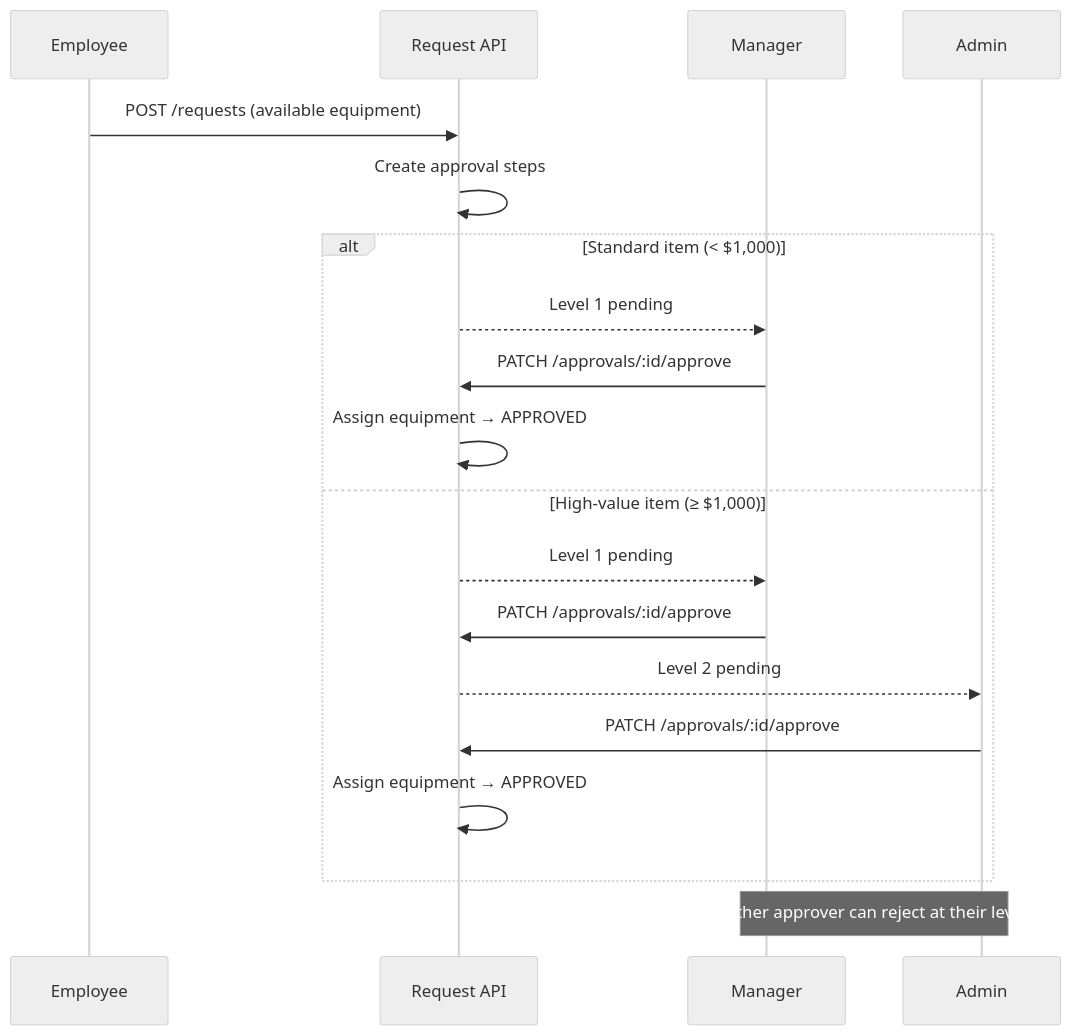
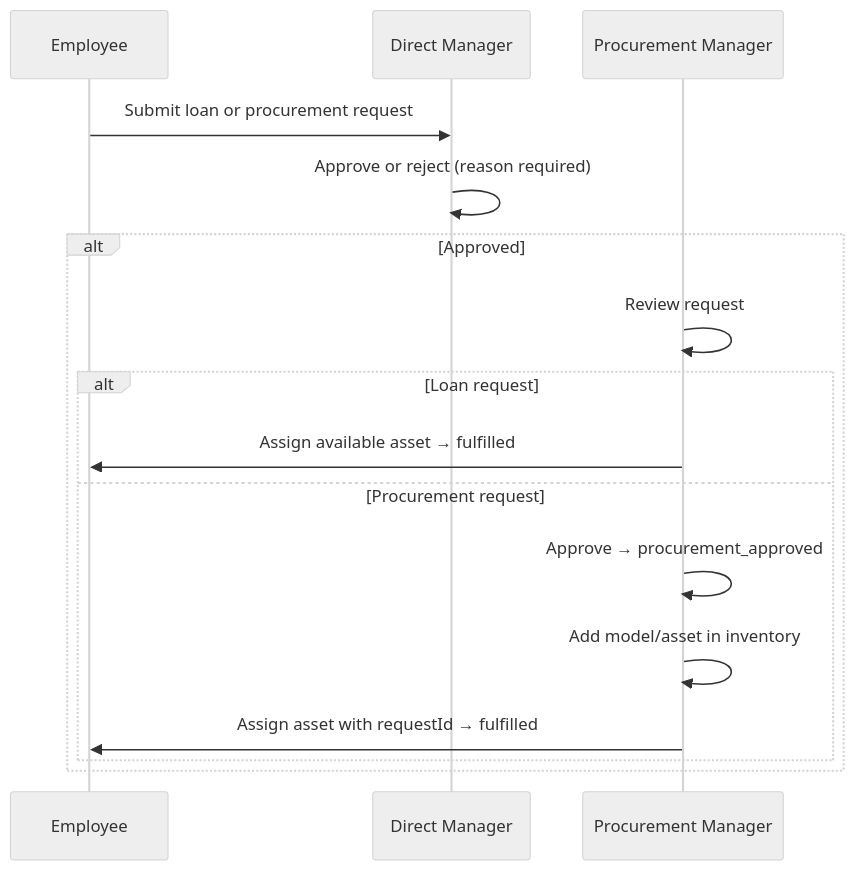
The diagram in README.md (mop-younglings/equipment-api-intern-Amina), drawn with Mermaid (neutral theme) before and after one commit. The commit also changed other lines of this file and 4 other files, not shown here.

````diff
--- a/README.md
+++ b/README.md
@@ -122,24 +68,19 @@
 ```mermaid
 sequenceDiagram
     participant E as Employee
-    participant API as Request API
-    participant M as Manager
-    participant A as Admin
+    participant DM as Direct Manager
+    participant PM as Procurement Manager
 
-    E->>API: POST /requests (available equipment)
-    API->>API: Create approval steps
-
-    alt Standard item (< $1,000)
-        API-->>M: Level 1 pending
-        M->>API: PATCH /approvals/:id/approve
-        API->>API: Assign equipment → APPROVED
-    else High-value item (≥ $1,000)
-        API-->>M: Level 1 pending
-        M->>API: PATCH /approvals/:id/approve
-        API-->>A: Level 2 pending
-        A->>API: PATCH /approvals/:id/approve
-        API->>API: Assign equipment → APPROVED
+    E->>DM: Submit loan or procurement request
+    DM->>DM: Approve or reject (reason required)
+    alt Approved
+        PM->>PM: Review request
+        alt Loan request
+            PM->>E: Assign available asset → fulfilled
+        else Procurement request
+            PM->>PM: Approve → procurement_approved
+            PM->>PM: Add model/asset in inventory
+            PM->>E: Assign asset with requestId → fulfilled
+        end
     end
-
-    Note over M,A: Either approver can reject at their level
 ```
````
